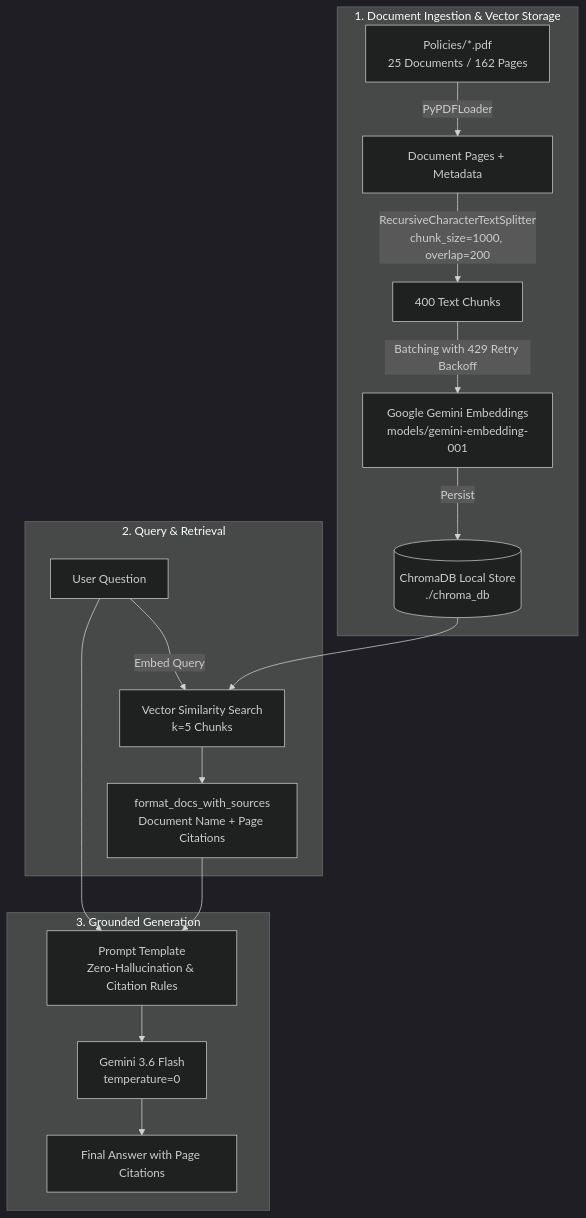
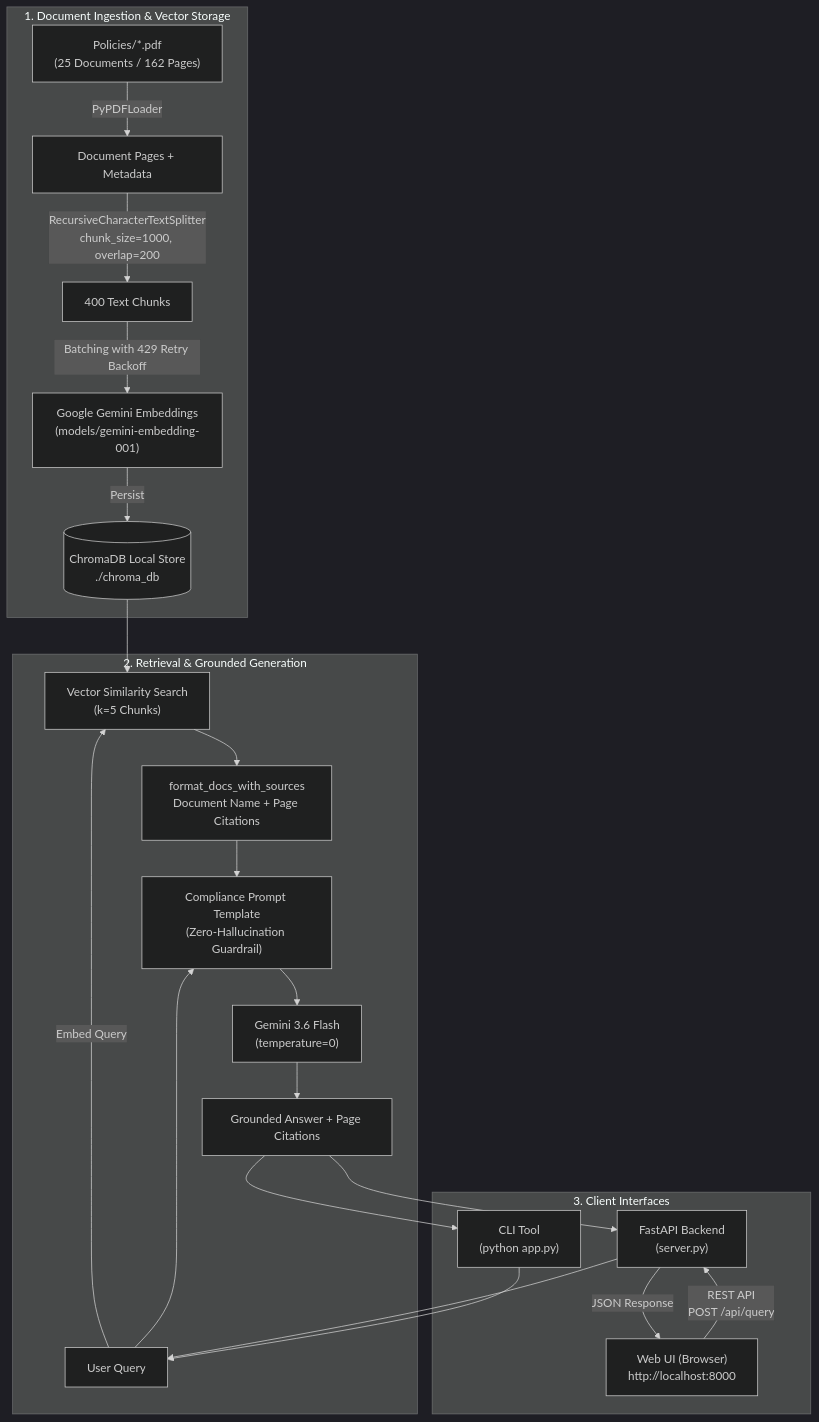
The diagram in Specification.md (yesk2307/LangChainIsoPoliciesProject), drawn with Mermaid (dark theme) before and after one commit. The commit also changed other lines of this file, not shown here.

Commit message:
feat: add FastAPI backend and modern web UI to RAG system

````diff
--- a/Specification.md
+++ b/Specification.md
@@ -15,22 +19,29 @@
 ```mermaid
 flowchart TD
     subgraph Ingestion ["1. Document Ingestion & Vector Storage"]
-        A[Policies/*.pdf \n25 Documents / 162 Pages] -->|PyPDFLoader| B[Document Pages + Metadata]
-        B -->|RecursiveCharacterTextSplitter\nchunk_size=1000, overlap=200| C[400 Text Chunks]
-        C -->|Batching with 429 Retry Backoff| D[Google Gemini Embeddings\nmodels/gemini-embedding-001]
-        D -->|Persist| E[(ChromaDB Local Store\n./chroma_db)]
+        A["Policies/*.pdf <br/>(25 Documents / 162 Pages)"] -->|PyPDFLoader| B[Document Pages + Metadata]
+        B -->|RecursiveCharacterTextSplitter<br/>chunk_size=1000, overlap=200| C[400 Text Chunks]
+        C -->|Batching with 429 Retry Backoff| D["Google Gemini Embeddings<br/>(models/gemini-embedding-001)"]
+        D -->|Persist| E[("ChromaDB Local Store<br/>./chroma_db")]
     end
 
-    subgraph QueryExecution ["2. Query & Retrieval"]
-        F[User Question] -->|Embed Query| G[Vector Similarity Search\nk=5 Chunks]
-        E --> G
-        G --> H[format_docs_with_sources\nDocument Name + Page Citations]
+    subgraph RetrievalGeneration ["2. Retrieval & Grounded Generation"]
+        Q[User Query] -->|Embed Query| S["Vector Similarity Search<br/>(k=5 Chunks)"]
+        E --> S
+        S --> CTX["format_docs_with_sources<br/>Document Name + Page Citations"]
+        CTX --> P["Compliance Prompt Template<br/>(Zero-Hallucination Guardrail)"]
+        Q --> P
+        P --> LLM["Gemini 3.6 Flash<br/>(temperature=0)"]
+        LLM --> ANS[Grounded Answer + Page Citations]
     end
 
-    subgraph Generation ["3. Grounded Generation"]
-        H --> I[Prompt Template\nZero-Hallucination & Citation Rules]
-        F --> I
-        I --> J[Gemini 3.6 Flash\ntemperature=0]
-        J --> K[Final Answer with Page Citations]
+    subgraph ClientLayer ["3. Client Interfaces"]
+        W["Web UI (Browser)<br/>http://localhost:8000"] -->|REST API<br/>POST /api/query| API["FastAPI Backend<br/>(server.py)"]
+        API --> Q
+        ANS --> API
+        API -->|JSON Response| W
+
+        CLI["CLI Tool<br/>(python app.py)"] --> Q
+        ANS --> CLI
     end
 ```
````
